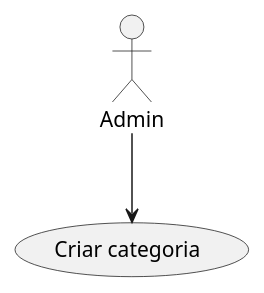
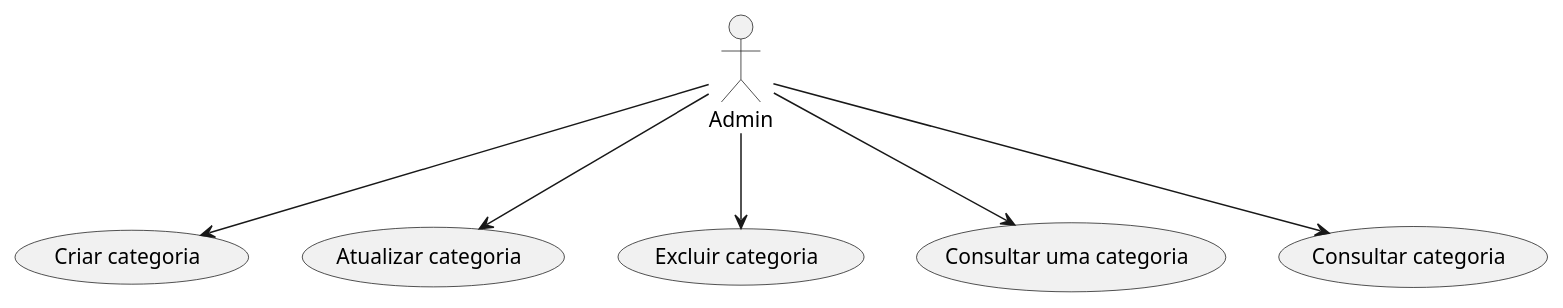
One commit to iamrosada/clean-arch-ddd-docker changed the diagram in uml/usecases/category.usecase.wsd. Above: the diagram before and after it, drawn with PlantUML.

```diff
--- a/uml/usecases/category.usecase.wsd
+++ b/uml/usecases/category.usecase.wsd
@@ -1,5 +1,8 @@
 @startuml
 
 :Admin:--> (Criar categoria)
-
+:Admin:--> (Atualizar categoria)
+:Admin:--> (Excluir categoria)
+:Admin:--> (Consultar uma categoria)
+:Admin:--> (Consultar categoria)
 @enduml
```
